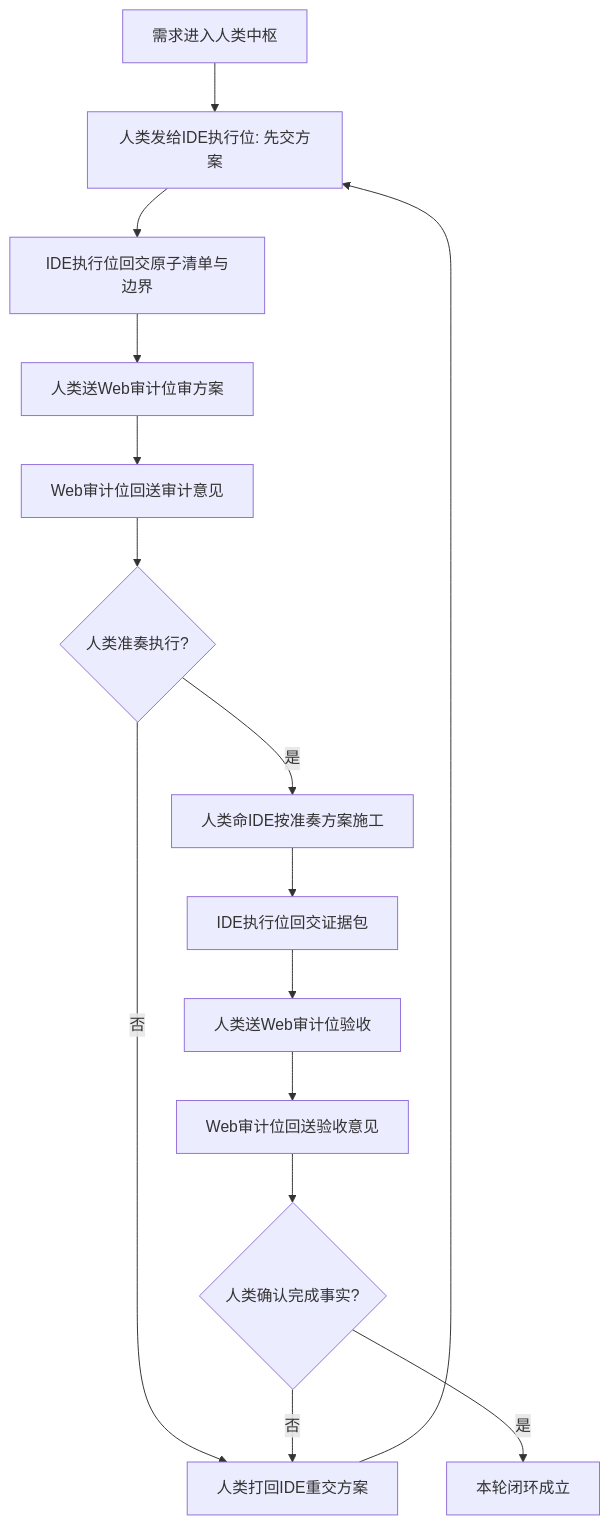
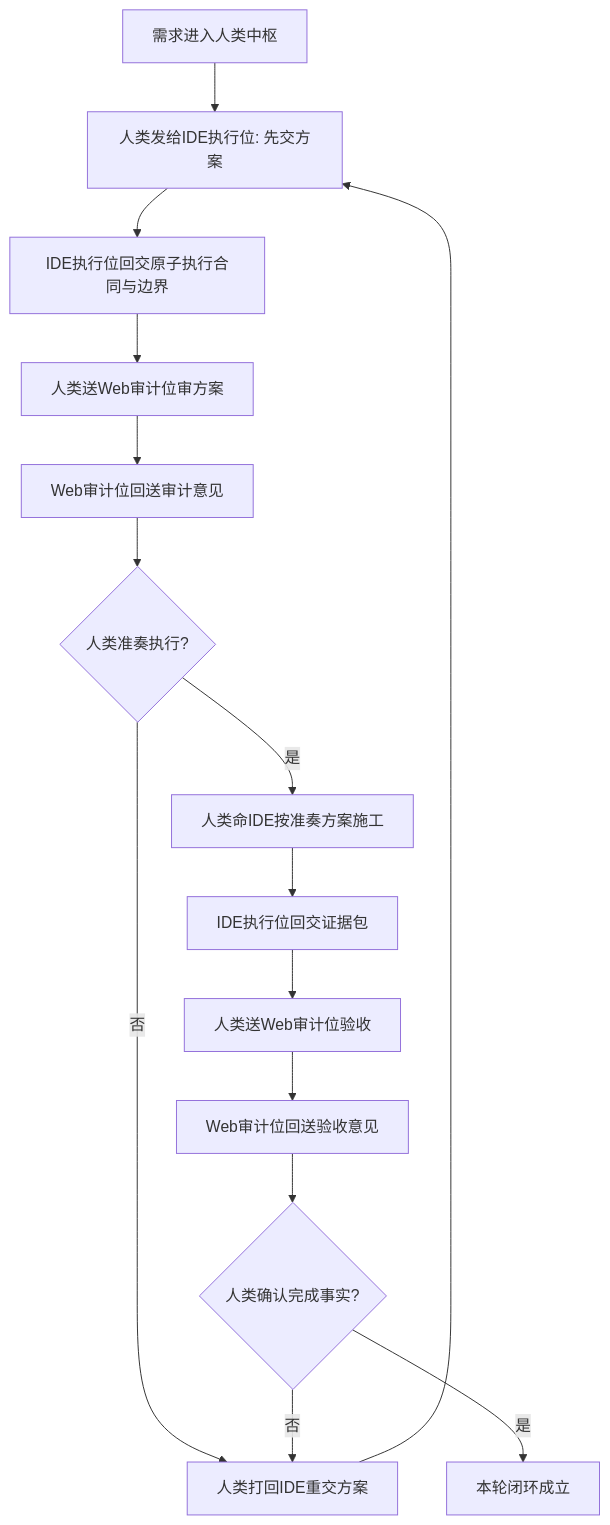
One commit to blackzhanzhan/Cyber-Ming-Protocol changed the first of 2 diagrams in README.md. Above: the diagram before and after it, drawn with Mermaid. The commit also changed other lines of this file and 48 other files, not shown here.

````diff
--- a/README.md
+++ b/README.md
@@ -47,17 +47,17 @@
 ```mermaid
 graph TD
     A[需求进入人类中枢] --> B[人类发给IDE执行位: 先交方案]
-    B --> C[IDE执行位回交原子清单与边界]
+    B --> C[IDE执行位回交原子执行合同与边界]
     C --> D[人类送Web审计位审方案]
     D --> E[Web审计位回送审计意见]
     E --> F{人类准奏执行?}
     F -->|否| G[人类打回IDE重交方案]
     G --> B
     F -->|是| H[人类命IDE按准奏方案施工]
     H --> I[IDE执行位回交证据包]
     I --> J[人类送Web审计位验收]
     J --> K[Web审计位回送验收意见]
     K --> L{人类确认完成事实?}
     L -->|否| G
     L -->|是| M[本轮闭环成立]
 ```
````
